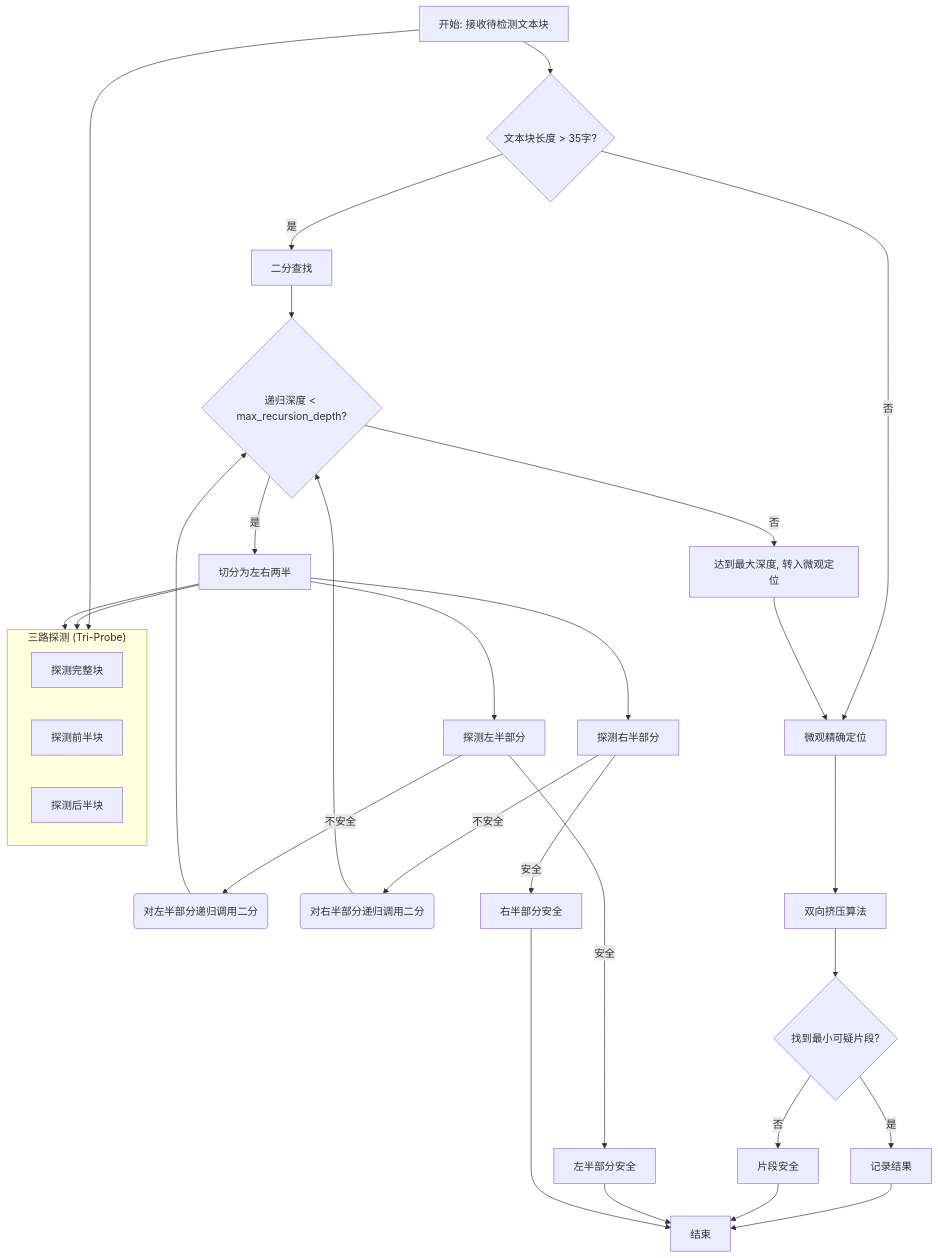
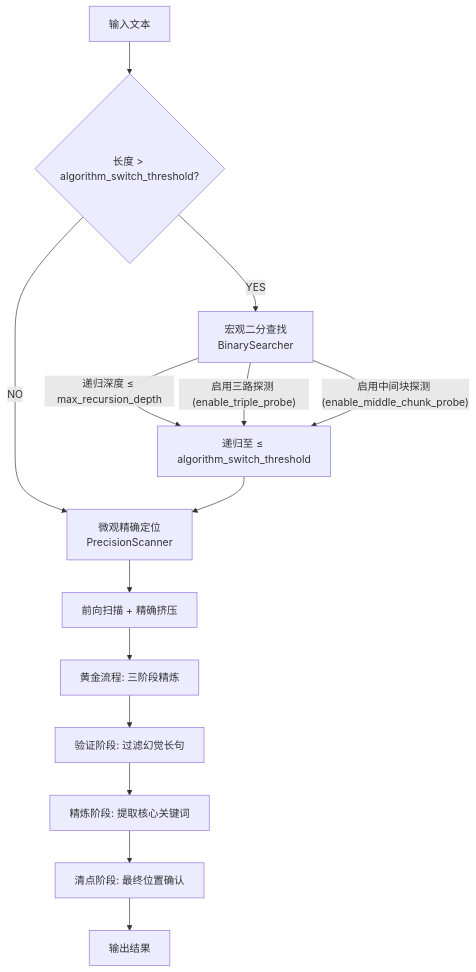
One commit to soundstarrain/LLM-Filter-Probe changed the diagram in PARAMETER_REFERENCE.md. Above: the diagram before and after it, drawn with Mermaid. The commit also changed other lines of this file and 25 other files, not shown here.

````diff
--- a/PARAMETER_REFERENCE.md
+++ b/PARAMETER_REFERENCE.md
@@ -165,39 +167,16 @@
 ```mermaid
 graph TD
-    A[开始: 接收待检测文本块] --> B{文本块长度 > 35字?};
-    B -- 是 --> C[二分查找];
-    B -- 否 --> D[微观精确定位];
-
-    C --> E{递归深度 < max_recursion_depth?};
-    E -- 是 --> F[切分为左右两半];
-    F --> G1[探测左半部分];
-    F --> G2[探测右半部分];
-    G1 -- 不安全 --> C_left(对左半部分递归调用二分);
-    G2 -- 不安全 --> C_right(对右半部分递归调用二分);
-    C_left --> E;
-    C_right --> E;
-    G1 -- 安全 --> H1[左半部分安全];
-    G2 -- 安全 --> H2[右半部分安全];
-    E -- 否 --> I[达到最大深度, 转入微观定位];
-    I --> D;
-
-    D --> J[双向挤压算法];
-    J --> K{找到最小可疑片段?};
-    K -- 是 --> L[记录结果];
-    K -- 否 --> M[片段安全];
-    L --> Z[结束];
-    M --> Z;
-    H1 --> Z;
-    H2 --> Z;
-
-    subgraph "三路探测 (Tri-Probe)"
-        direction LR
-        P1[探测完整块]
-        P2[探测前半块]
-        P3[探测后半块]
-    end
-
-    A --> P1;
-    F --> P2;
-    F --> P3;
+    A[输入文本] --> B{长度 > algorithm_switch_threshold?};
+    B -- YES --> C[宏观二分查找<br>BinarySearcher];
+    C -- 递归深度 ≤ max_recursion_depth --> D;
+    C -- 启用三路探测 (enable_triple_probe) --> D;
+    C -- 启用中间块探测 (enable_middle_chunk_probe) --> D[递归至 ≤ algorithm_switch_threshold];
+    B -- NO --> E[微观精确定位<br>PrecisionScanner];
+    D --> E;
+    E --> F[前向扫描 + 精确挤压];
+    F --> G[黄金流程: 三阶段精炼];
+    G --> H[验证阶段: 过滤幻觉长句];
+    H --> I[精炼阶段: 提取核心关键词];
+    I --> J[清点阶段: 最终位置确认];
+    J --> K[输出结果];
 ```
````
